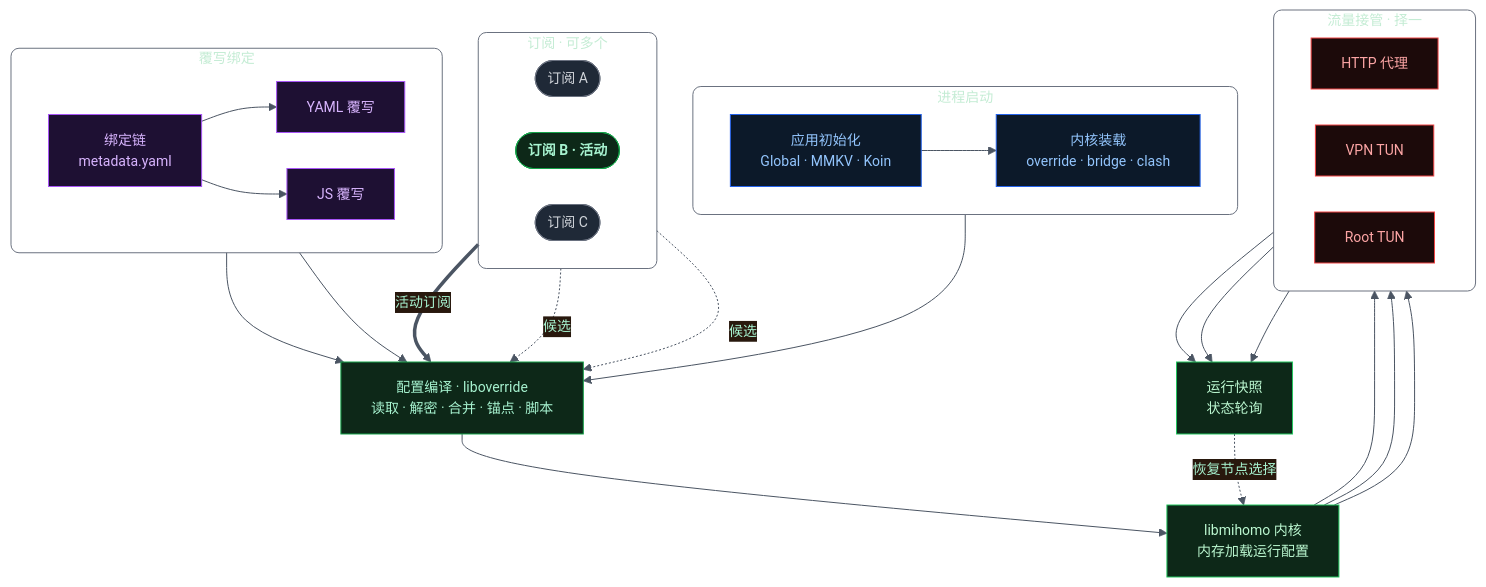
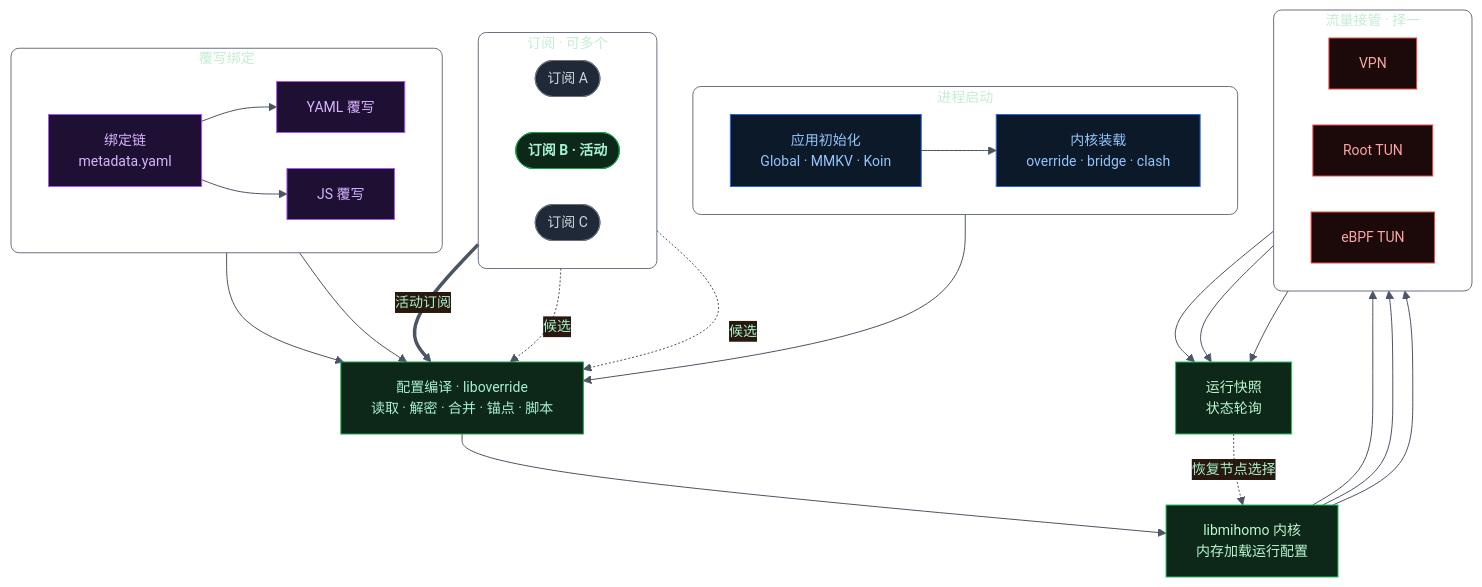
Before and after one commit to LM-Firefly/FlyCat: the second of 2 diagrams in website/index.mdx, drawn with Mermaid. The commit also changed 4 other files, not shown here.

First line of the commit message:
fix: 修复 eBPF TUN 模式实现缺陷并完善启动链路

````diff
--- a/website/index.mdx
+++ b/website/index.mdx
@@ -155,74 +155,74 @@
 ```mermaid
 %%{init: {"theme": "base", "flowchart": {"curve": "basis", "htmlLabels": true, "nodeSpacing": 36, "rankSpacing": 50}, "themeVariables": {"primaryColor": "#0d2818", "primaryBorderColor": "#16a34a", "primaryTextColor": "#a7f3d0", "lineColor": "#4b5563", "background": "transparent", "fontSize": "14px", "fontFamily": "Inter, ui-sans-serif, system-ui"}}}%%
 flowchart TB
     subgraph Boot["进程启动"]
         direction LR
         Init["应用初始化<br/>Global · MMKV · Koin"]
         Load["内核装载<br/>override · bridge · clash"]
         Init --> Load
     end
 
     subgraph Sources["订阅 · 可多个"]
         direction LR
         PA(["订阅 A"])
         PB(["订阅 B · 活动"])
         PC(["订阅 C"])
     end
 
     subgraph Override["覆写绑定"]
         direction LR
         OY["YAML 覆写"]
         Chain["绑定链<br/>metadata.yaml"]
         OJ["JS 覆写"]
         Chain --> OY
         Chain --> OJ
     end
 
     Compile["配置编译 · liboverride<br/>读取 · 解密 · 合并 · 锚点 · 脚本"]
     Kernel["libmihomo 内核<br/>内存加载运行配置"]
 
     subgraph Transport["流量接管 · 择一"]
         direction LR
-        Http["HTTP 代理"]
-        Tun["VPN TUN"]
-        Root["Root TUN"]
+        Vpn["VPN"]
+        RootTun["Root TUN"]
+        EbpfTun["eBPF TUN"]
     end
 
     Snap["运行快照<br/>状态轮询"]
 
     Load --> Compile
     PB ==>|活动订阅| Compile
     PA -. 候选 .-> Compile
     PC -. 候选 .-> Compile
     OY --> Compile
     OJ --> Compile
     Compile --> Kernel
-    Kernel --> Http
-    Kernel --> Tun
-    Kernel --> Root
-    Http --> Snap
-    Tun --> Snap
-    Root --> Snap
+    Kernel --> Vpn
+    Kernel --> RootTun
+    Kernel --> EbpfTun
+    Vpn --> Snap
+    RootTun --> Snap
+    EbpfTun --> Snap
     Snap -. 恢复节点选择 .-> Kernel
 
     classDef boot fill:#0c1929,stroke:#2563eb,color:#93c5fd
     classDef profile fill:#1f2937,stroke:#6b7280,color:#d1d5db
     classDef active fill:#0d2818,stroke:#16a34a,color:#a7f3d0,font-weight:bold
     classDef bind fill:#1e1033,stroke:#a855f7,color:#d8b4fe
     classDef compiler fill:#0d2818,stroke:#16a34a,color:#a7f3d0
     classDef core fill:#0d2818,stroke:#22c55e,color:#bbf7d0
     classDef transport fill:#1c0a0a,stroke:#ef4444,color:#fca5a5
 
     style Boot fill:transparent,stroke:#6b7280,stroke-width:1px,rx:8,ry:8
     style Sources fill:transparent,stroke:#6b7280,stroke-width:1px,rx:8,ry:8
     style Override fill:transparent,stroke:#6b7280,stroke-width:1px,rx:8,ry:8
     style Transport fill:transparent,stroke:#6b7280,stroke-width:1px,rx:8,ry:8
 
     class Init,Load boot
     class PA,PC profile
     class PB active
     class Chain,OY,OJ bind
     class Compile compiler
     class Kernel,Snap core
-    class Http,Tun,Root transport
+    class Vpn,RootTun,EbpfTun transport
 ```
````
